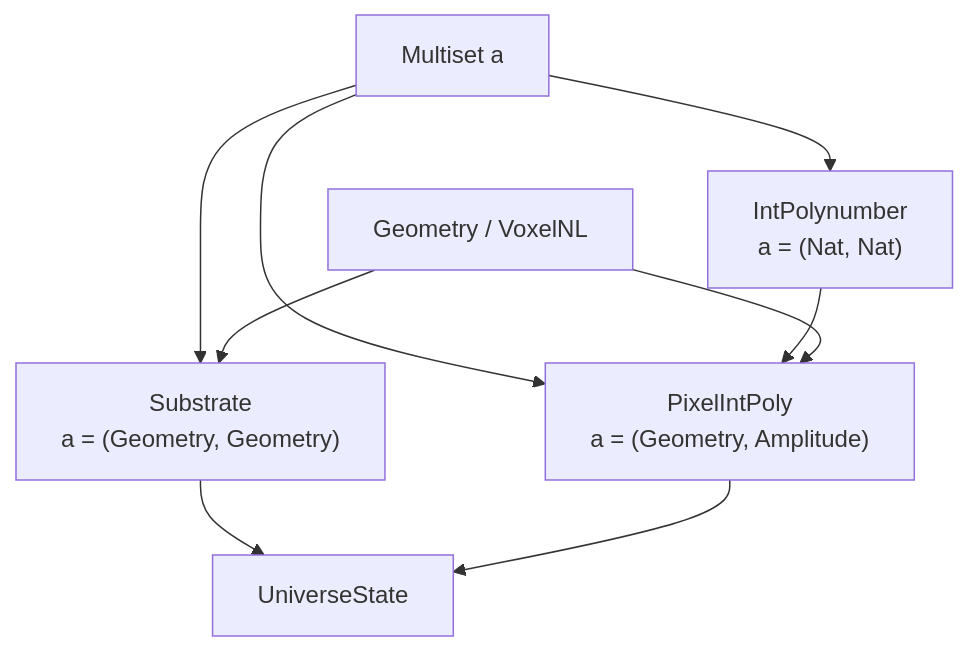
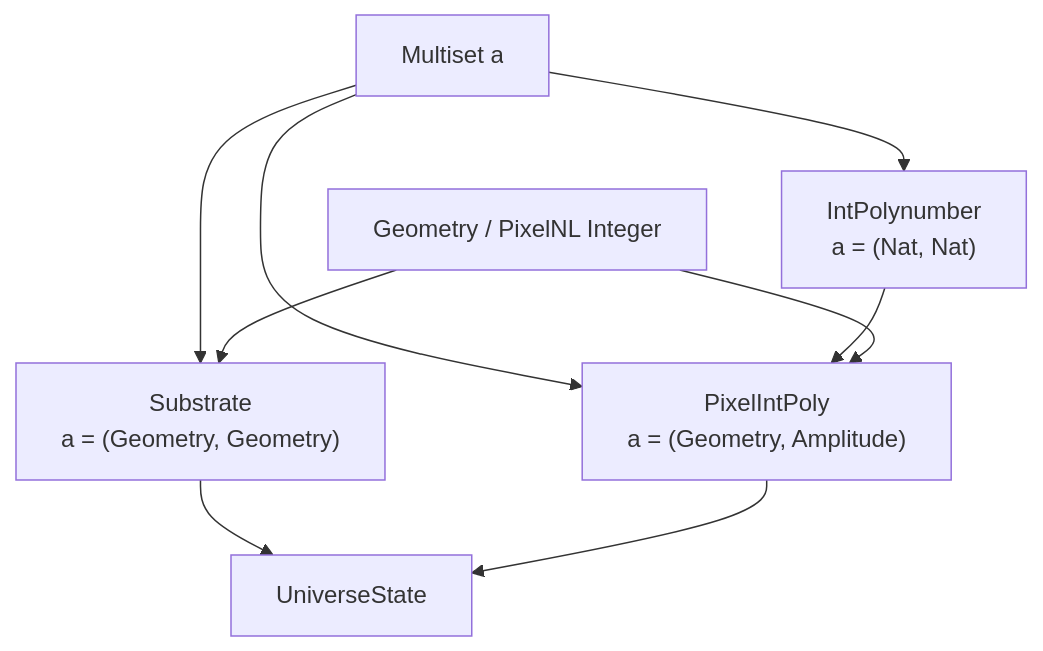
One commit to justinkelly-ie/Finite-Science changed the diagram in Library/Wiki/Maths/Types.md. Above: the diagram before and after it, drawn with Mermaid. The commit also changed other lines of this file and 36 other files, not shown here.

Commit message:
Revert type signatures from VoxelNL back to PixelNL Integer

````diff
--- a/Library/Wiki/Maths/Types.md
+++ b/Library/Wiki/Maths/Types.md
@@ -147,13 +147,13 @@
 ```mermaid
 graph TD
     A[Multiset a] --> B["IntPolynumber<br/>a = (Nat, Nat)"]
     A --> C["Substrate<br/>a = (Geometry, Geometry)"]
     A --> D["PixelIntPoly<br/>a = (Geometry, Amplitude)"]
     
     B --> D
     C --> E[UniverseState]
     D --> E
     
-    F[Geometry / VoxelNL] --> C
+    F[Geometry / PixelNL Integer] --> C
     F --> D
 ```
````
